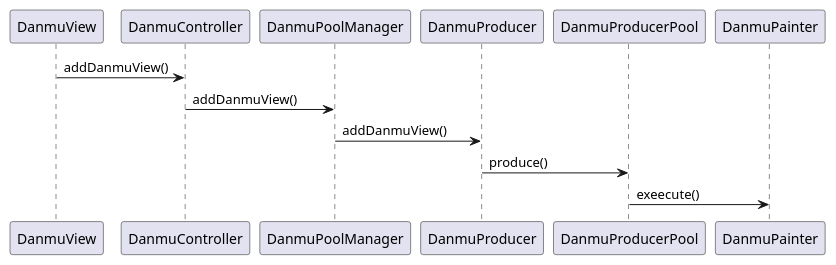
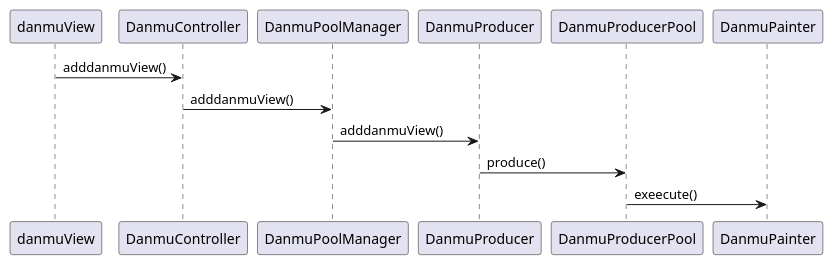
Before and after one commit to tainzhi/VideoPlayer: the diagram in danmu/src/main/java/danmu.puml, drawn with PlantUML. The commit also changed 8 other files, not shown here.

Commit message:
feat: DanmuView

```diff
--- a/danmu/src/main/java/danmu.puml
+++ b/danmu/src/main/java/danmu.puml
@@ -1,9 +1,9 @@
 @startuml
-DanmuView -> DanmuController: addDanmuView()
-DanmuController -> DanmuPoolManager: addDanmuView()
-DanmuPoolManager -> DanmuProducer: addDanmuView()
+danmuView -> DanmuController: adddanmuView()
+DanmuController -> DanmuPoolManager: adddanmuView()
+DanmuPoolManager -> DanmuProducer: adddanmuView()
 DanmuProducer -> DanmuProducerPool: produce()
 DanmuProducerPool -> DanmuPainter: exeecute()
 
 
 @enduml
```
